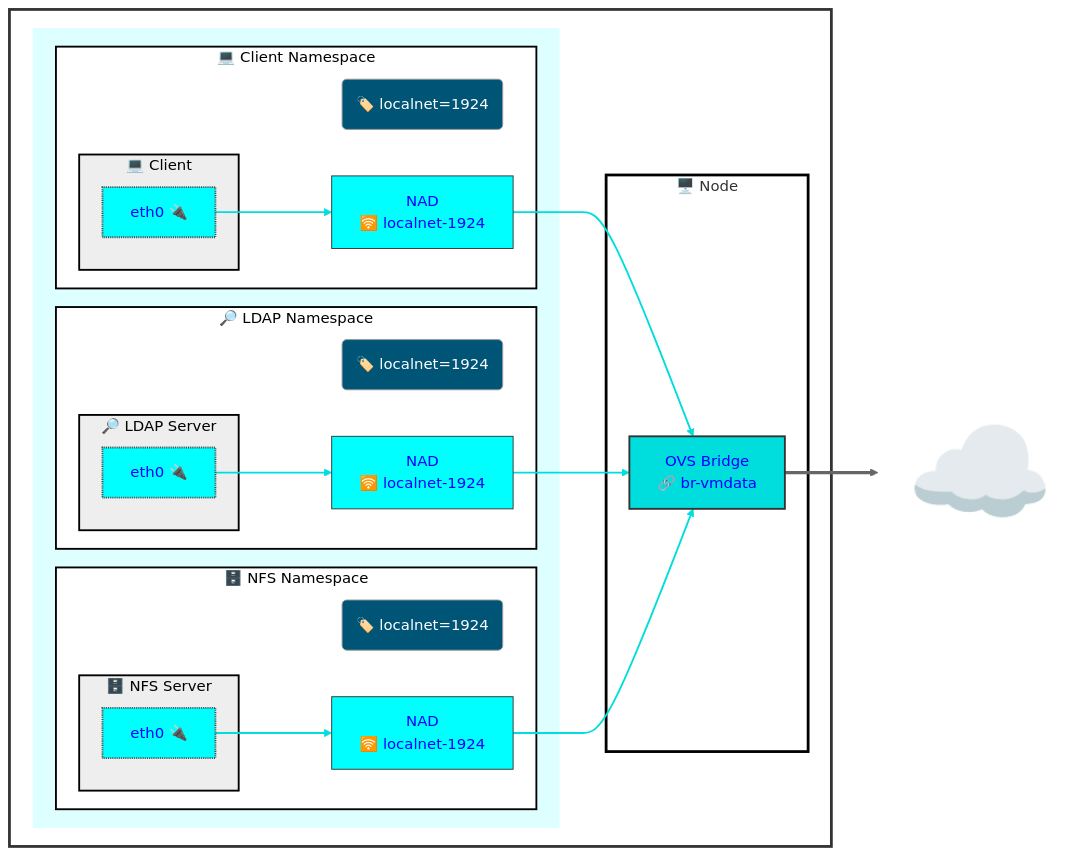
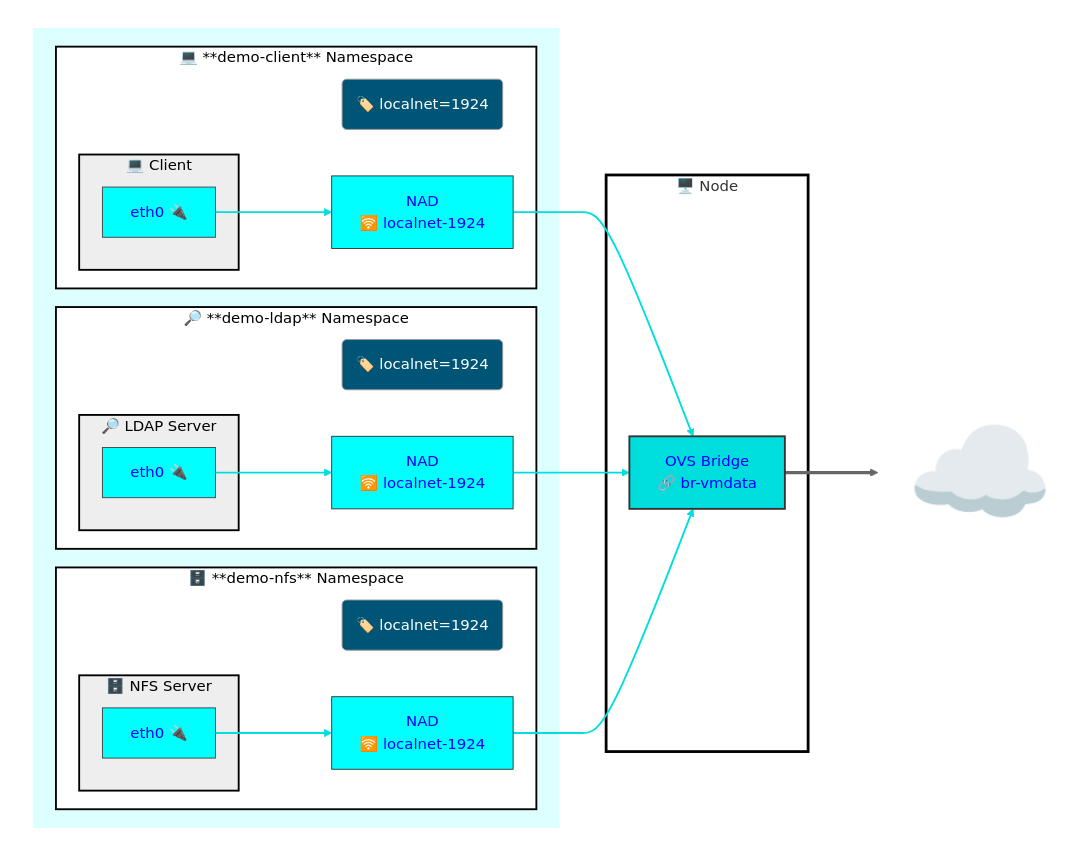
Before and after one commit to dlbewley/demo-autofs: the fourth of 4 diagrams in networking/readme.md, drawn with Mermaid (neutral theme). The commit also changed other lines of this file, not shown here.

Commit message:
add some node network config diagrams which will probalby be moved elsewhere later

````diff
--- a/networking/readme.md
+++ b/networking/readme.md
@@ -110,79 +219,79 @@
 ```mermaid
 graph LR;
     subgraph Cluster[" "]
 
       subgraph Project[" "]
-        subgraph ns-nfs["🗄️ NFS Namespace"]
+        subgraph ns-nfs["🗄️ **demo-nfs** Namespace"]
           label-nfs("🏷️ localnet=1924")
           nad-1924-nfs[NAD<br> 🛜 localnet-1924]
           subgraph vm-nfs["🗄️ NFS Server"]
               nfs-eth0[eth0 🔌]
           end
         end
 
-        subgraph ns-ldap["🔎 LDAP Namespace"]
+        subgraph ns-ldap["🔎 **demo-ldap** Namespace"]
           label-ldap("🏷️ localnet=1924")
           nad-1924-ldap[NAD<br> 🛜 localnet-1924]
           subgraph vm-ldap["🔎 LDAP Server"]
               ldap-eth0[eth0 🔌]
           end
         end
 
-        subgraph ns-client["💻 Client Namespace"]
+        subgraph ns-client["💻 **demo-client** Namespace"]
           label-client("🏷️ localnet=1924")
           nad-1924-client[NAD<br> 🛜 localnet-1924]
           subgraph vm-client["💻 Client"]
               client-eth0[eth0 🔌]
           end
         end
 
       end
 
       subgraph node1["🖥️ Node "]
         br-vmdata[ OVS Bridge<br> 🔗 br-vmdata]:::vlan-1924;
       end
     end
 
     nfs-eth0    ---> nad-1924-nfs
     ldap-eth0   ---> nad-1924-ldap
     client-eth0 ---> nad-1924-client
 
 
     nad-1924-client --> br-vmdata
     nad-1924-ldap --> br-vmdata
     nad-1924-nfs --> br-vmdata
 
 
     linkStyle 0,1,2,3,4,5 stroke:#00dddd,stroke-width:2px;
 
     Internet["☁️ "]:::Internet
     br-vmdata ==> Internet
 
 
     classDef node-eth fill:#00dddd,color:#00f,stroke:#333,stroke-width:2px;
     class node1-eth0 node-eth;
 
-    classDef vm-eth fill:#00ffff,color:#00f,stroke:#444,stroke-width:2px,stroke-dasharray: 1 1;
+    classDef vm-eth fill:#00ffff,color:#00f,stroke:#444,stroke-width:1px;
     class client-eth0,ldap-eth0,nfs-eth0 vm-eth;
 
     classDef vlan-1924 fill:#00dddd,color:#00f,stroke:#333,stroke-width:2px;
 
     classDef labels stroke-width:1px,color:#fff,fill:#005577;
     class label-client,label-ldap,label-nfs labels;
 
-    style Cluster color:#000,fill:#fff,stroke:#333,stroke-width:3px;
+    style Cluster color:#000,fill:#fff,stroke:#333,stroke-width:0px;
     style Project color:#000,fill:#dff,stroke:#333,stroke-width:0px;
     style Internet fill:none,stroke-width:0px,font-size:+2em;
 
     classDef vm color:#000,fill:#eee,stroke:#000,stroke-width:2px
     class vm-client,vm-ldap,vm-nfs vm
 
     classDef nodes fill:#fff,stroke:#000,stroke-width:3px;
     class node1 nodes;
 
     classDef namespace color:#000,fill:#fff,stroke:#000,stroke-width:2px;
     class ns-nfs,ns-client,ns-ldap namespace;
 
     classDef nad-1924 fill:#00ffff,color:#00f,stroke:#333,stroke-width:1px;
     class nad-1924-client,nad-1924-ldap,nad-1924-nfs nad-1924;
 ```
````
